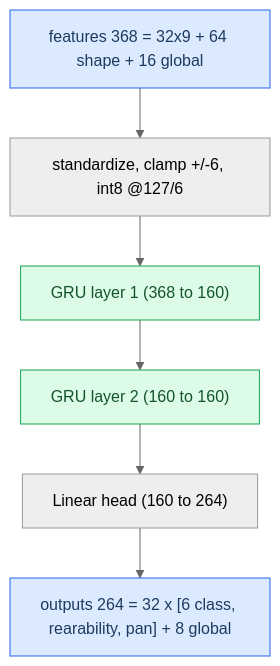
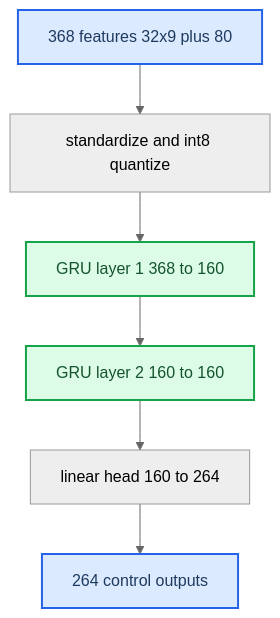
The second of 3 diagrams in docs-obsidian/Audio/HSSR Model.md (luka-dev/mib2q-carplay-rgi), drawn with Mermaid (neutral theme) before and after one commit. The commit also changed other lines of this file and 43 other files, not shown here.

````diff
--- a/docs-obsidian/Audio/HSSR Model.md
+++ b/docs-obsidian/Audio/HSSR Model.md
@@ -84,16 +90,16 @@
 ```mermaid
 flowchart TB
   accTitle: HSSR controller network
   accDescr: 368 standardized features feed two GRU layers and a linear head producing 264 outputs split into per-band class logits, rearability, pan and global scalars.
-  feat["features 368 = 32x9 + 64 shape + 16 global"]
-  std["standardize, clamp +/-6, int8 @127/6"]
-  g1["GRU layer 1 (368 to 160)"]
-  g2["GRU layer 2 (160 to 160)"]
-  lin["Linear head (160 to 264)"]
-  outp["outputs 264 = 32 x [6 class, rearability, pan] + 8 global"]
-  feat --> std --> g1 --> g2 --> lin --> outp
-  class feat,outp primary
-  class g1,g2 success
-  classDef primary fill:#dbeafe,stroke:#2563eb,color:#1e3a5f
-  classDef success fill:#dcfce7,stroke:#16a34a,color:#14532d
+  input_features["368 features 32x9 plus 80"]
+  standardize_int8["standardize and int8 quantize"]
+  gru_layer_1["GRU layer 1 368 to 160"]
+  gru_layer_2["GRU layer 2 160 to 160"]
+  linear_head["linear head 160 to 264"]
+  control_outputs["264 control outputs"]
+  input_features --> standardize_int8 --> gru_layer_1 --> gru_layer_2 --> linear_head --> control_outputs
+  classDef primary fill:#dbeafe,stroke:#2563eb,stroke-width:2px,color:#1e3a5f
+  classDef success fill:#dcfce7,stroke:#16a34a,stroke-width:2px,color:#14532d
+  class input_features,control_outputs primary
+  class gru_layer_1,gru_layer_2 success
 ```
````
